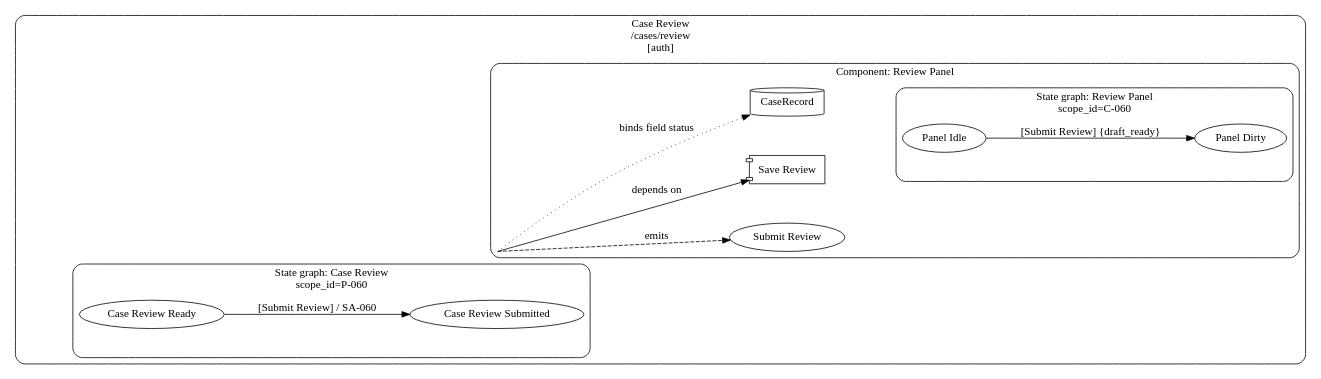
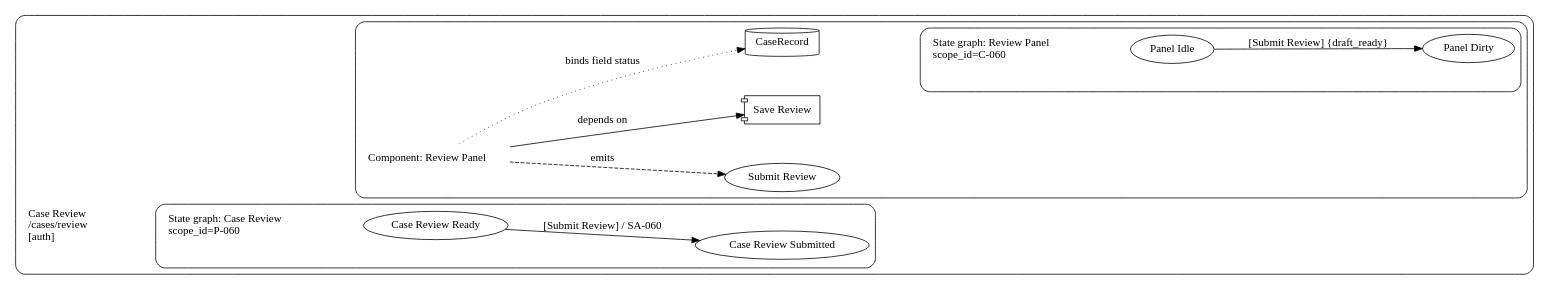
The diagram in examples/rendered/v0.1/ui_contracts_diagram_type/ui_state_fallback_example/permissive_profile/ui_state_fallback.ui_contracts.dot (knutopia/Structured-Design-Documents), drawn with Graphviz before and after one commit. The commit also changed 30 other files, not shown here.

```diff
--- a/examples/rendered/v0.1/ui_contracts_diagram_type/ui_state_fallback_example/permissive_profile/ui_state_fallback.ui_contracts.dot
+++ b/examples/rendered/v0.1/ui_contracts_diagram_type/ui_state_fallback_example/permissive_profile/ui_state_fallback.ui_contracts.dot
@@ -1,35 +1,39 @@
 digraph ui_contracts {
   rankdir=LR;
   graph [fontname="Public Sans", compound=true, nodesep=0.7, ranksep=1.0];
   node [fontname="Public Sans"];
   edge [fontname="Public Sans"];
   subgraph cluster_P_060 {
-    graph [label="Case Review\n/cases/review\n[auth]", style="rounded"];
-    "P-060__anchor" [label="", shape="point", width=0, height=0, style="invis"];
+    graph [label="", style="rounded"];
+    "P-060__title" [shape="plaintext", label="Case Review\l/cases/review\l[auth]\l"];
     subgraph cluster_secondary_state_group_P_060 {
-      graph [label="State graph: Case Review\nscope_id=P-060", style="rounded"];
+      graph [label="", style="rounded"];
+      "secondary_state_group:P-060__title" [shape="plaintext", label="State graph: Case Review\lscope_id=P-060\l"];
       "ST-060a" [shape="ellipse", label="Case Review Ready"];
       "ST-060b" [shape="ellipse", label="Case Review Submitted"];
     }
     subgraph cluster_C_060 {
-      graph [label="Component: Review Panel", style="rounded"];
-      "C-060__anchor" [label="", shape="point", width=0, height=0, style="invis"];
+      graph [label="", style="rounded"];
+      "C-060__title" [shape="plaintext", label="Component: Review Panel\l"];
       "E-060" [shape="oval", label="Submit Review"];
       "SA-060" [shape="component", label="Save Review"];
       "D-060" [shape="cylinder", label="CaseRecord"];
       subgraph cluster_secondary_state_group_C_060 {
-        graph [label="State graph: Review Panel\nscope_id=C-060", style="rounded"];
+        graph [label="", style="rounded"];
+        "secondary_state_group:C-060__title" [shape="plaintext", label="State graph: Review Panel\lscope_id=C-060\l"];
         "ST-061a" [shape="ellipse", label="Panel Idle"];
         "ST-061b" [shape="ellipse", label="Panel Dirty"];
       }
     }
   }
-  "P-060__anchor" -> "ST-060a" [style=invis, weight=100];
-  "ST-060a" -> "C-060__anchor" [style=invis, weight=100];
-  "D-060" -> "ST-061a" [style=invis, weight=100];
-  "C-060__anchor" -> "D-060" [label="binds field status", style="dotted", constraint=true];
-  "C-060__anchor" -> "SA-060" [label="depends on", constraint=true];
-  "C-060__anchor" -> "E-060" [label="emits", style="dashed", constraint=true];
+  "P-060__title" -> "secondary_state_group:P-060__title" [style=invis, weight=100];
+  "secondary_state_group:P-060__title" -> "C-060__title" [style=invis, weight=100];
+  "secondary_state_group:P-060__title" -> "ST-060a" [style=invis, weight=100];
+  "D-060" -> "secondary_state_group:C-060__title" [style=invis, weight=100];
+  "secondary_state_group:C-060__title" -> "ST-061a" [style=invis, weight=100];
+  "C-060__title" -> "D-060" [label="binds field status", style="dotted", constraint=true];
+  "C-060__title" -> "SA-060" [label="depends on", constraint=true];
+  "C-060__title" -> "E-060" [label="emits", style="dashed", constraint=true];
   "ST-060a" -> "ST-060b" [label="[Submit Review] / SA-060", style="solid", weight=4];
   "ST-061a" -> "ST-061b" [label="[Submit Review] {draft_ready}", style="solid", weight=4];
 }
```
